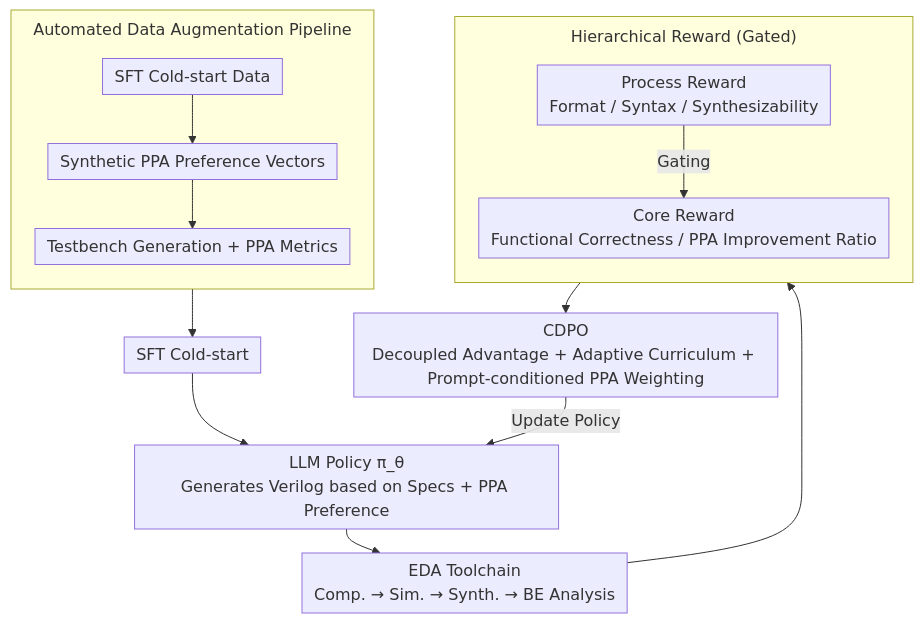
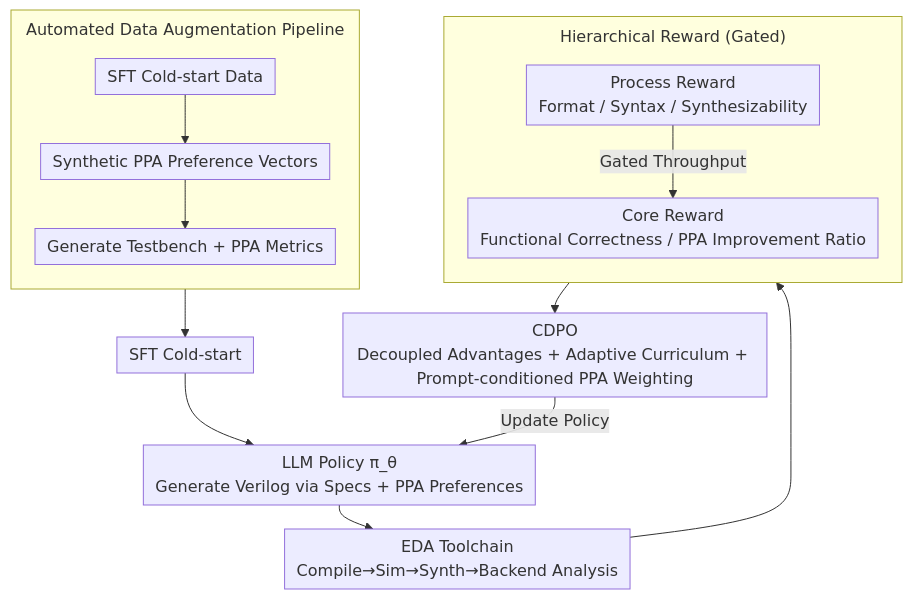
Before and after one commit to zhaoyang97/Paper-Notes-en: the diagram in docs/ACL2026/code_intelligence/chipseek_optimizing_verilog_generation_via_eda-integrated_reinforcement_learning.md, drawn with Mermaid. The commit also changed other lines of this file and 5084 other files, not shown here.

````diff
--- a/docs/ACL2026/code_intelligence/chipseek_optimizing_verilog_generation_via_eda-integrated_reinforcement_learning.md
+++ b/docs/ACL2026/code_intelligence/chipseek_optimizing_verilog_generation_via_eda-integrated_reinforcement_learning.md
@@ -44,18 +44,18 @@
 ```mermaid
 %%{init: {'flowchart': {'rankSpacing': 24, 'nodeSpacing': 28, 'padding': 6, 'wrappingWidth': 400, 'subGraphTitleMargin': {'top': 8, 'bottom': 16}}}}%%
 flowchart TD
     subgraph DATA["Automated Data Augmentation Pipeline"]
         direction TB
-        D1["SFT Cold-start Data"] --> D2["Synthetic PPA Preference Vectors"] --> D3["Testbench Generation + PPA Metrics"]
+        D1["SFT Cold-start Data"] --> D2["Synthetic PPA Preference Vectors"] --> D3["Generate Testbench + PPA Metrics"]
     end
     DATA --> SFT["SFT Cold-start"]
-    SFT --> POL["LLM Policy π_θ<br/>Generates Verilog based on Specs + PPA Preference"]
-    POL --> EDA["EDA Toolchain<br/>Comp. → Sim. → Synth. → BE Analysis"]
+    SFT --> POL["LLM Policy π_θ<br/>Generate Verilog via Specs + PPA Preferences"]
+    POL --> EDA["EDA Toolchain<br/>Compile→Sim→Synth→Backend Analysis"]
     subgraph HR["Hierarchical Reward (Gated)"]
         direction TB
-        G1["Process Reward<br/>Format / Syntax / Synthesizability"] -->|Gating| G2["Core Reward<br/>Functional Correctness / PPA Improvement Ratio"]
+        G1["Process Reward<br/>Format / Syntax / Synthesizability"] -->|Gated Throughput| G2["Core Reward<br/>Functional Correctness / PPA Improvement Ratio"]
     end
     EDA --> HR
-    HR --> CDPO["CDPO<br/>Decoupled Advantage + Adaptive Curriculum + Prompt-conditioned PPA Weighting"]
+    HR --> CDPO["CDPO<br/>Decoupled Advantages + Adaptive Curriculum + Prompt-conditioned PPA Weighting"]
     CDPO -->|Update Policy| POL
 ```
````
